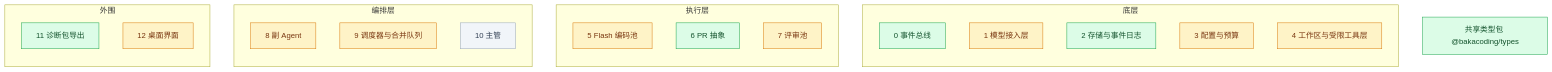
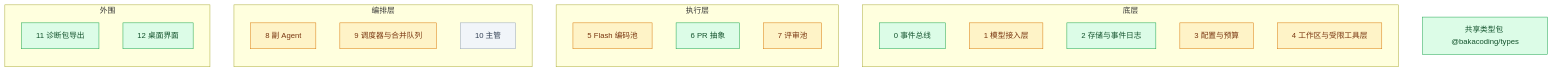
One commit to Akarin7784/BakaCoding changed the diagram in docs/progress.md. Above: the diagram before and after it, drawn with Mermaid. The commit also changed other lines of this file, not shown here.

Commit message:
docs: progress.md 更新 #41（T-049）合入记录与 main 测试数

````diff
--- a/docs/progress.md
+++ b/docs/progress.md
@@ -11,33 +11,33 @@
 ```mermaid
 flowchart BT
   subgraph 底层
     M0[0 事件总线]
     M1[1 模型接入层]
     M2[2 存储与事件日志]
     M3[3 配置与预算]
     M4[4 工作区与受限工具层]
   end
   subgraph 执行层
     M5[5 Flash 编码池]
     M6[6 PR 抽象]
     M7[7 评审池]
   end
   subgraph 编排层
     M8[8 副 Agent]
     M9[9 调度器与合并队列]
     M10[10 主管]
   end
   subgraph 外围
     M11[11 诊断包导出]
     M12[12 桌面界面]
   end
   T[共享类型包 @bakacoding/types]
 
   classDef todo fill:#f1f5f9,stroke:#94a3b8,color:#334155
   classDef doing fill:#fef3c7,stroke:#d97706,color:#78350f
   classDef done fill:#dcfce7,stroke:#16a34a,color:#14532d
 
-  class M0,M2,M6,M11,T done
-  class M1,M3,M4,M5,M7,M8,M9,M12 doing
+  class M0,M2,M6,M11,M12,T done
+  class M1,M3,M4,M5,M7,M8,M9 doing
   class M10 todo
 ```
````
